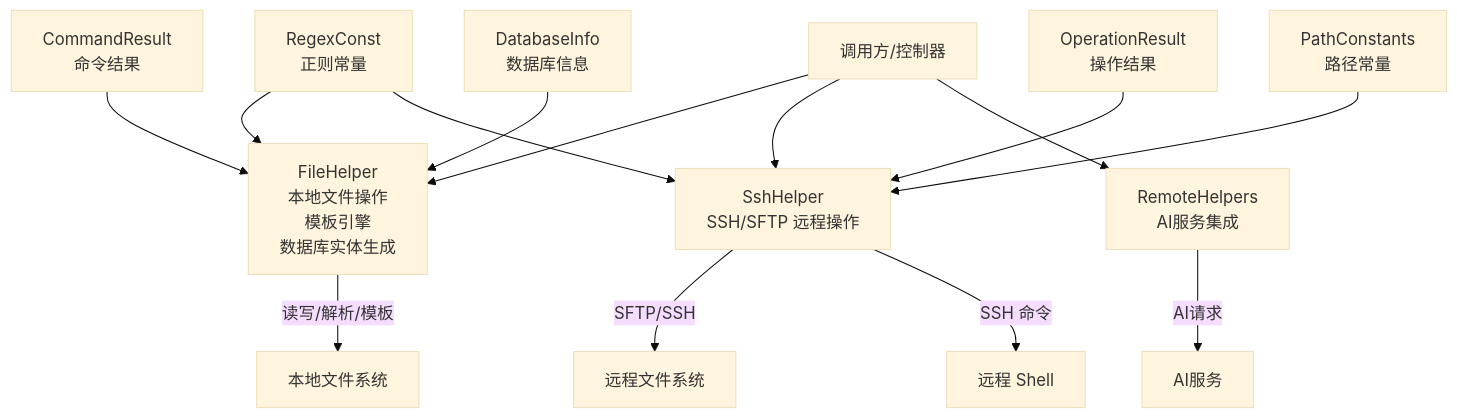
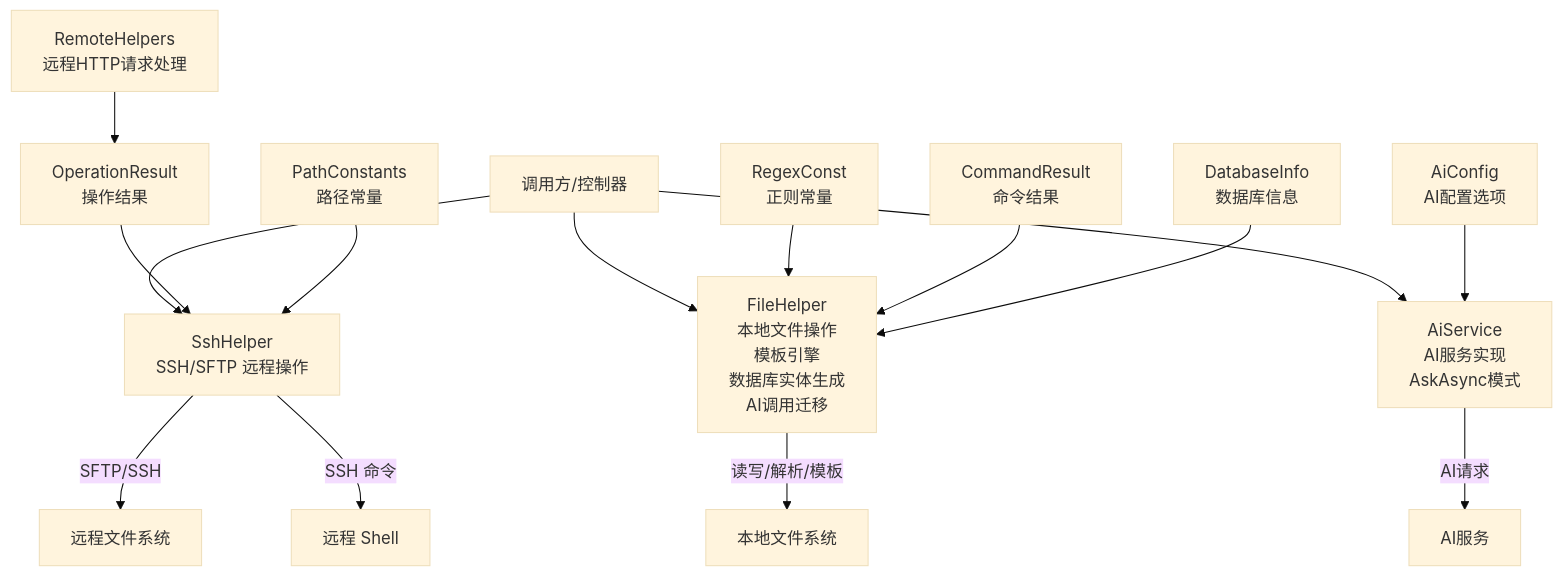
One commit to Sosososolong/AirGo changed the second of 11 diagrams in .qoder/repowiki/zh/content/工具库详解/文件操作工具.md. Above: the diagram before and after it, drawn with Mermaid (base theme). The commit also changed other lines of this file and 12 other files, not shown here.

````diff
--- a/.qoder/repowiki/zh/content/工具库详解/文件操作工具.md
+++ b/.qoder/repowiki/zh/content/工具库详解/文件操作工具.md
@@ -122,16 +135,17 @@
 ```mermaid
 graph TB
-Client["调用方/控制器"] --> FH["FileHelper<br/>本地文件操作<br/>模板引擎<br/>数据库实体生成"]
+Client["调用方/控制器"] --> FH["FileHelper<br/>本地文件操作<br/>模板引擎<br/>数据库实体生成<br/>AI调用迁移"]
 Client --> SH["SshHelper<br/>SSH/SFTP 远程操作"]
-Client --> RH["RemoteHelpers<br/>AI服务集成"]
+Client --> AS["AiService<br/>AI服务实现<br/>AskAsync模式"]
 FH --> |读写/解析/模板| LocalFS["本地文件系统"]
 SH --> |SFTP/SSH| RemoteFS["远程文件系统"]
 SH --> |SSH 命令| RemoteShell["远程 Shell"]
-RH --> |AI请求| AIServer["AI服务"]
+AS --> |AI请求| AIServer["AI服务"]
+AC["AiConfig<br/>AI配置选项"] --> AS
 RC["RegexConst<br/>正则常量"] --> FH
-RC --> SH
 OR["OperationResult<br/>操作结果"] --> SH
 CR["CommandResult<br/>命令结果"] --> FH
 PC["PathConstants<br/>路径常量"] --> SH
 DBI["DatabaseInfo<br/>数据库信息"] --> FH
+RH["RemoteHelpers<br/>远程HTTP请求处理"] --> OR
 ```
````
